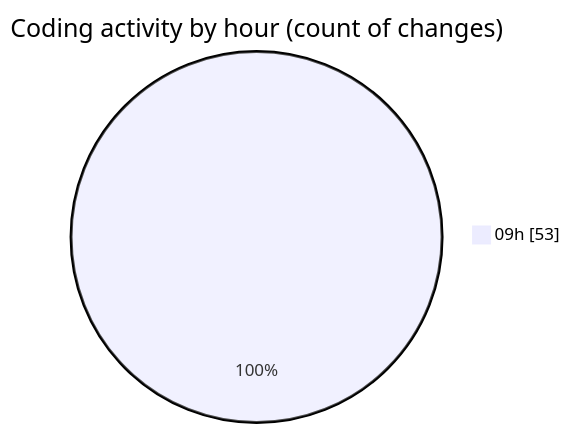
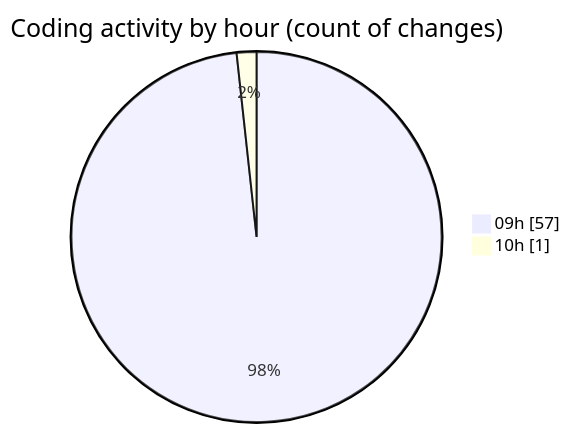
The second of 2 diagrams in 2025-09-19/cda/README.md (momahboobian/code-tracking), drawn with Mermaid before and after one commit. The commit also changed other lines of this file and 1 other file, not shown here.

````diff
--- a/2025-09-19/cda/README.md
+++ b/2025-09-19/cda/README.md
@@ -30,5 +30,6 @@
 ```mermaid
 pie showData
 title Coding activity by hour (count of changes)
-"09h" : 53
+"09h" : 57
+"10h" : 1
 ```
````
